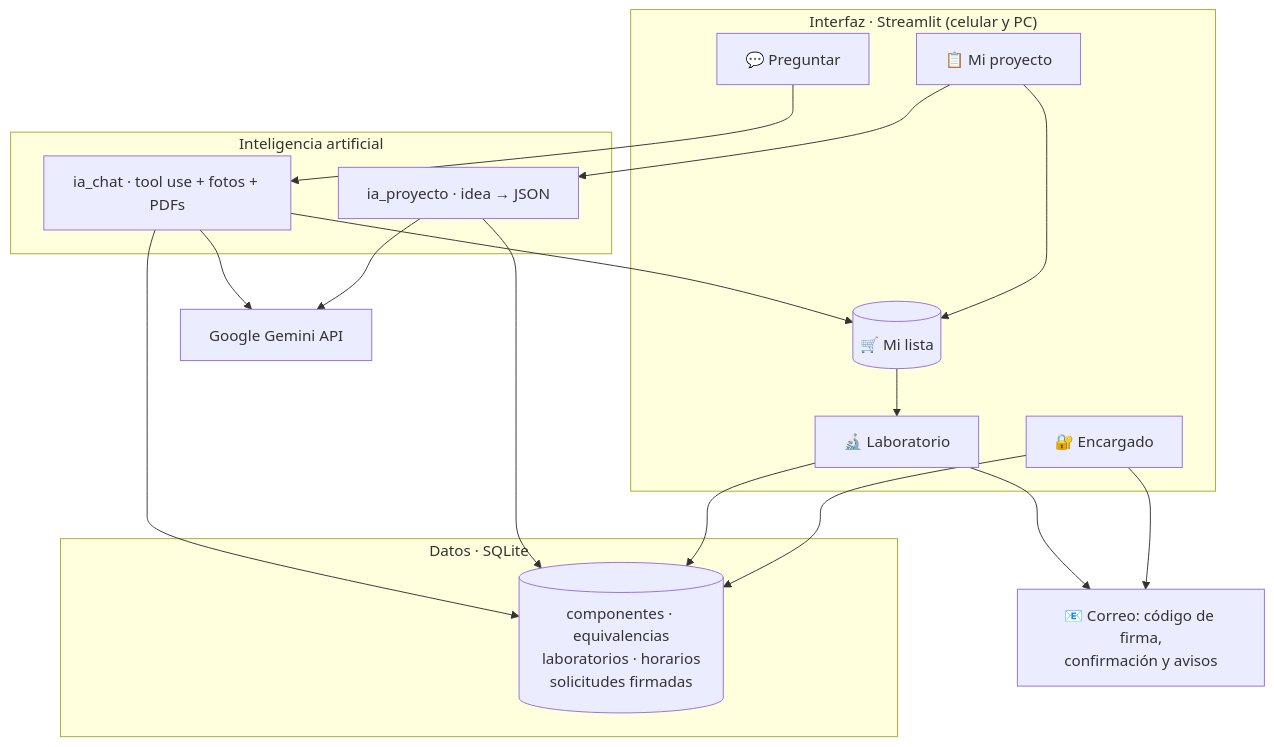
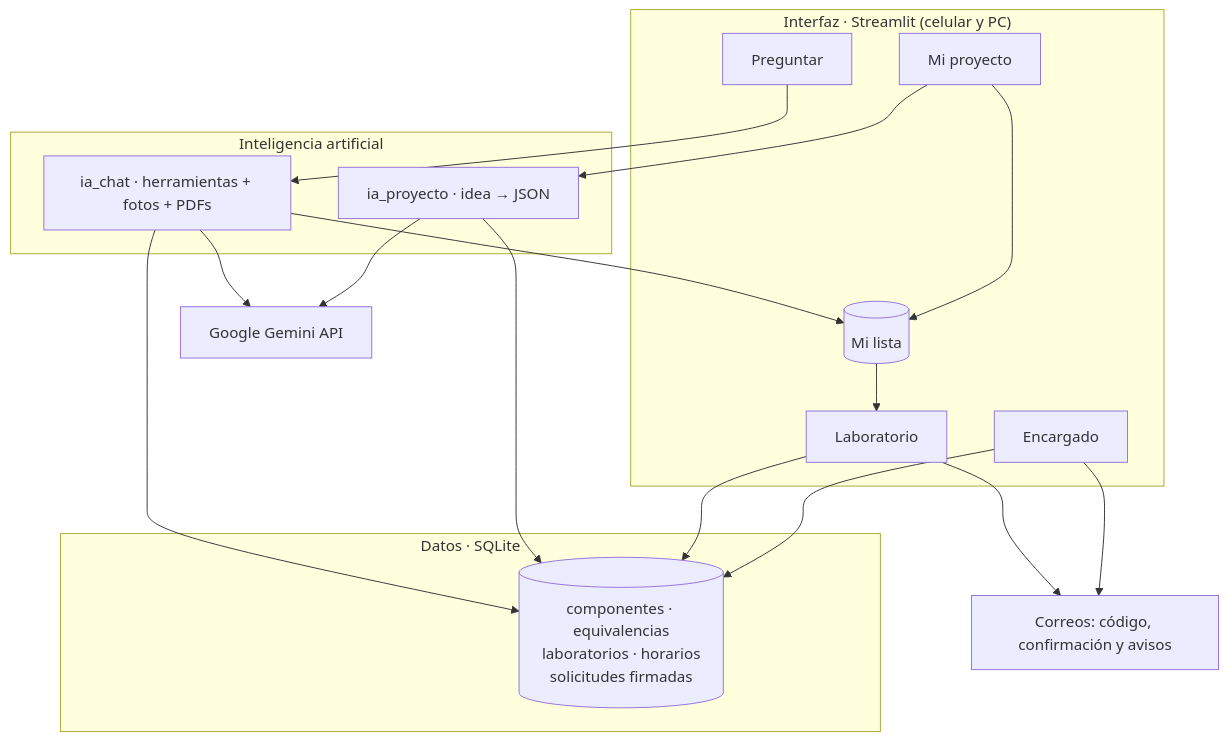
The third of 3 diagrams in README.md (AldoRuiz07/KHIPU-), drawn with Mermaid before and after one commit. The commit also changed other lines of this file and 3 other files, not shown here.

````diff
--- a/README.md
+++ b/README.md
@@ -214,23 +200,23 @@
 ```mermaid
 flowchart TB
     subgraph UI["Interfaz · Streamlit (celular y PC)"]
-        P[💬 Preguntar]
-        PR[📋 Mi proyecto]
-        L[🔬 Laboratorio]
-        EN[🔐 Encargado]
-        ML[(🛒 Mi lista)]
+        P[Preguntar]
+        PR[Mi proyecto]
+        L[Laboratorio]
+        EN[Encargado]
+        ML[(Mi lista)]
     end
     subgraph IA["Inteligencia artificial"]
-        CH[ia_chat · tool use + fotos + PDFs]
+        CH[ia_chat · herramientas + fotos + PDFs]
         IP[ia_proyecto · idea → JSON]
     end
     subgraph DATOS["Datos · SQLite"]
         DB[(componentes · equivalencias<br/>laboratorios · horarios<br/>solicitudes firmadas)]
     end
     P --> CH
     PR --> IP
     CH & IP --> GEM[Google Gemini API]
     CH & PR --> ML --> L
     CH & IP & L & EN --> DB
-    L & EN --> MAIL[📧 Correo: código de firma,<br/>confirmación y avisos]
+    L & EN --> MAIL[Correos: código, confirmación y avisos]
 ```
````
